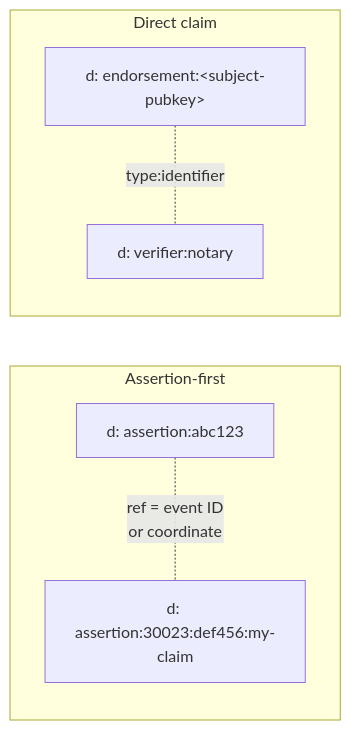
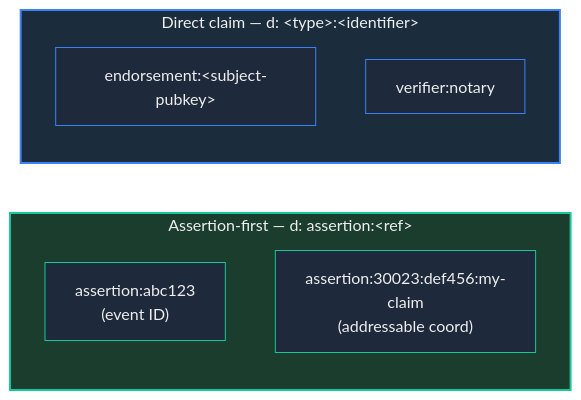
Before and after one commit to forgesworn/nostr-attestations: the diagram in assets/dtag-convention.mmd, drawn with Mermaid. The commit also changed 8 other files, not shown here.

First line of the commit message:
chore: ForgeSworn-styled diagrams, auto-sync workflow to nip-drafts

```diff
--- a/assets/dtag-convention.mmd
+++ b/assets/dtag-convention.mmd
@@ -1,13 +1,17 @@
 graph LR
-    subgraph "Assertion-first"
-        AF1["d: assertion:abc123"]
-        AF2["d: assertion:30023:def456:my-claim"]
+    subgraph AF["Assertion-first  —  d: assertion:&lt;ref&gt;"]
+        AF1["assertion:abc123\n(event ID)"]
+        AF2["assertion:30023:def456:my-claim\n(addressable coord)"]
     end
 
-    subgraph "Direct claim"
-        DC1["d: endorsement:&lt;subject-pubkey&gt;"]
-        DC2["d: verifier:notary"]
+    subgraph DC["Direct claim  —  d: &lt;type&gt;:&lt;identifier&gt;"]
+        DC1["endorsement:&lt;subject-pubkey&gt;"]
+        DC2["verifier:notary"]
     end
 
-    AF1 -.- |"ref = event ID\nor coordinate"| AF2
-    DC1 -.- |"type:identifier"| DC2
+    style AF fill:#1b3d2d,stroke:#16c79a,color:#eee,stroke-width:2px
+    style DC fill:#1b2d3d,stroke:#3b82f6,color:#eee,stroke-width:2px
+    style AF1 fill:#1e293b,stroke:#16c79a,color:#eee
+    style AF2 fill:#1e293b,stroke:#16c79a,color:#eee
+    style DC1 fill:#1e293b,stroke:#3b82f6,color:#eee
+    style DC2 fill:#1e293b,stroke:#3b82f6,color:#eee
```
